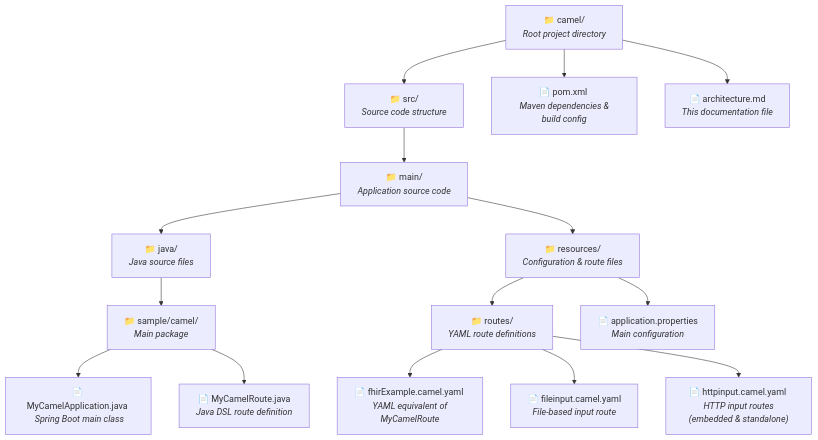
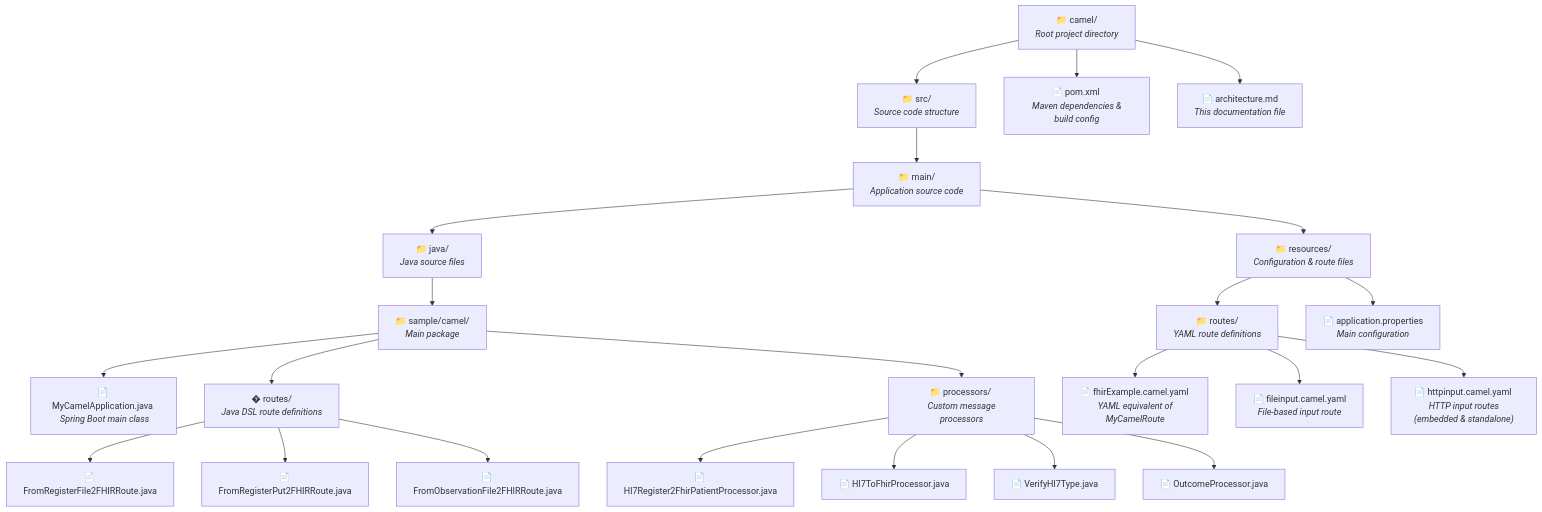
Before and after one commit to ASS-MUIT/camel: the second of 3 diagrams in architecture.md, drawn with Mermaid. The commit also changed other lines of this file and 3 other files, not shown here.

````diff
--- a/architecture.md
+++ b/architecture.md
@@ -72,22 +79,30 @@
 ```mermaid
 graph TD
     A["📁 camel/ <br/> <em>Root project directory</em>"] --> B["📁 src/ <br/> <em>Source code structure</em>"]
     A --> C["📄 pom.xml <br/> <em>Maven dependencies & build config</em>"]
     A --> E["📄 architecture.md <br/> <em>This documentation file</em>"]
     
     B --> F["📁 main/ <br/> <em>Application source code</em>"]
     
     F --> H["📁 java/ <br/> <em>Java source files</em>"]
     F --> I["📁 resources/ <br/> <em>Configuration & route files</em>"]
     
     H --> J["📁 sample/camel/ <br/> <em>Main package</em>"]
     J --> K["📄 MyCamelApplication.java <br/> <em>Spring Boot main class</em>"]
-    J --> L["📄 MyCamelRoute.java <br/> <em>Java DSL route definition</em>"]
+    J --> L["� routes/ <br/> <em>Java DSL route definitions</em>"]
+    J --> P["📁 processors/ <br/> <em>Custom message processors</em>"]
+    L --> Q1["📄 FromRegisterFile2FHIRRoute.java"]
+    L --> Q2["📄 FromRegisterPut2FHIRRoute.java"]
+    L --> Q3["📄 FromObservationFile2FHIRRoute.java"]
+    P --> P1["📄 Hl7Register2FhirPatientProcessor.java"]
+    P --> P2["📄 Hl7ToFhirProcessor.java"]
+    P --> P3["📄 VerifyHl7Type.java"]
+    P --> P4["📄 OutcomeProcessor.java"]
     
     I --> M["📁 routes/ <br/> <em>YAML route definitions</em>"]
     I --> N["📄 application.properties <br/> <em>Main configuration</em>"]
     
     M --> Q["📄 fhirExample.camel.yaml <br/> <em>YAML equivalent of MyCamelRoute</em>"]
     M --> R["📄 fileinput.camel.yaml <br/> <em>File-based input route</em>"]
     M --> S["📄 httpinput.camel.yaml <br/> <em>HTTP input routes (embedded & standalone)</em>"]
 ```
````
